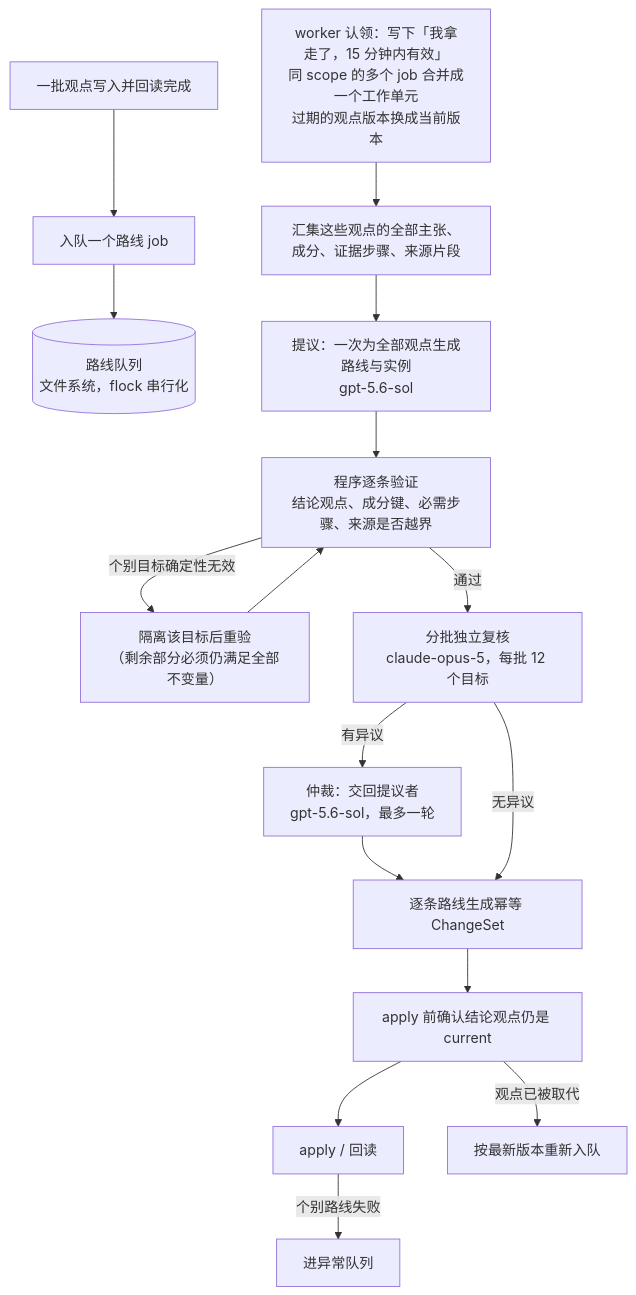
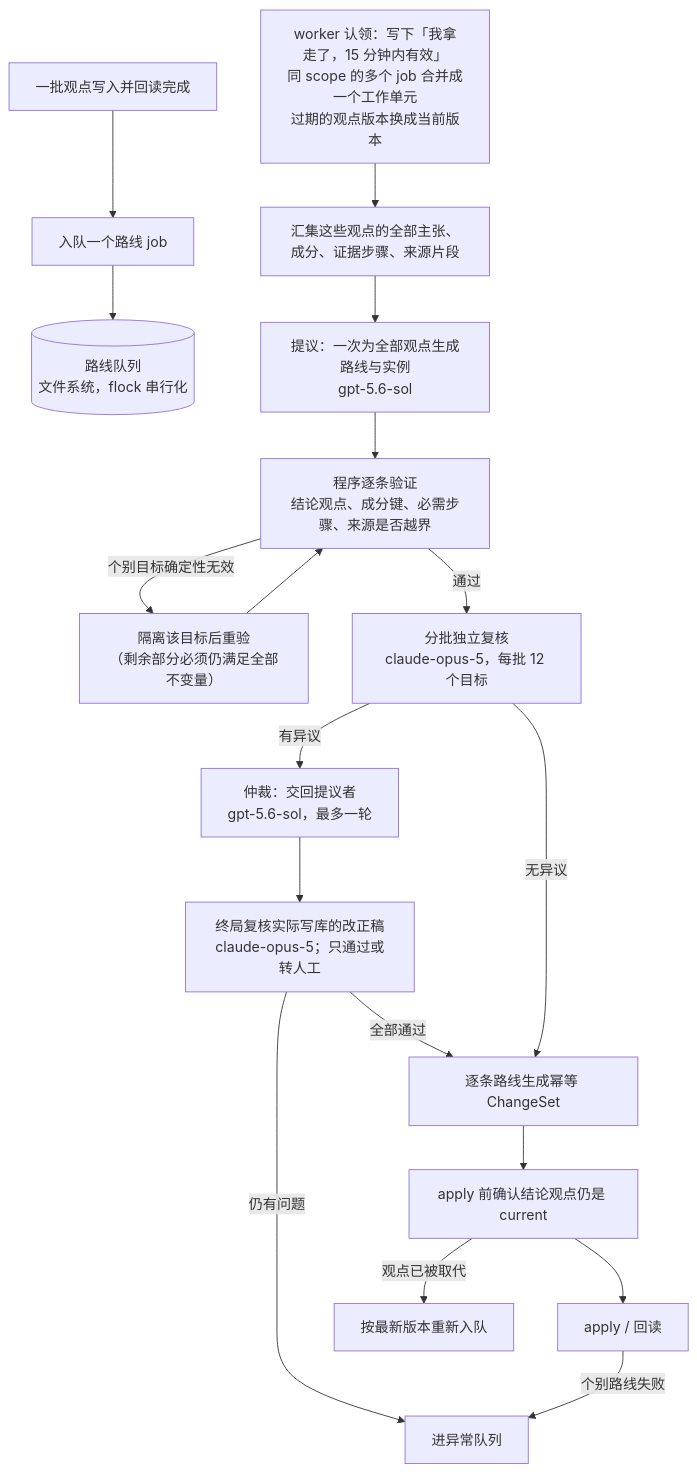
One commit to junyang168/smart-answer changed the fourth of 4 diagrams in docs/wang-knowledge-platform/20-knowledge/canonical_viewpoint_design.md. Above: the diagram before and after it, drawn with Mermaid. The commit also changed other lines of this file and 7 other files, not shown here.

````diff
--- a/docs/wang-knowledge-platform/20-knowledge/canonical_viewpoint_design.md
+++ b/docs/wang-knowledge-platform/20-knowledge/canonical_viewpoint_design.md
@@ -209,19 +209,21 @@
 ```mermaid
 flowchart TD
     A["一批观点写入并回读完成"] --> J["入队一个路线 job"]
     J --> QQ[("路线队列<br/>文件系统，flock 串行化")]
     CL["worker 认领：写下「我拿走了，15 分钟内有效」<br/>同 scope 的多个 job 合并成一个工作单元<br/>过期的观点版本换成当前版本"]
     CL --> G["汇集这些观点的全部主张、成分、证据步骤、来源片段"]
     G --> P["提议：一次为全部观点生成路线与实例<br/>gpt-5.6-sol"]
     P --> V["程序逐条验证<br/>结论观点、成分键、必需步骤、来源是否越界"]
     V -->|"个别目标确定性无效"| I["隔离该目标后重验<br/>（剩余部分必须仍满足全部不变量）"]
     I --> V
     V -->|"通过"| R["分批独立复核<br/>claude-opus-5，每批 12 个目标"]
     R -->|"有异议"| C["仲裁：交回提议者<br/>gpt-5.6-sol，最多一轮"]
-    C --> W
+    C --> FR["终局复核实际写库的改正稿<br/>claude-opus-5；只通过或转人工"]
+    FR -->|"全部通过"| W
+    FR -->|"仍有问题"| E
     R -->|"无异议"| W["逐条路线生成幂等 ChangeSet"]
     W --> K["apply 前确认结论观点仍是 current"]
     K --> RB["apply / 回读"]
     K -->|"观点已被取代"| Q["按最新版本重新入队"]
     RB -->|"个别路线失败"| E["进异常队列"]
 ```
````
